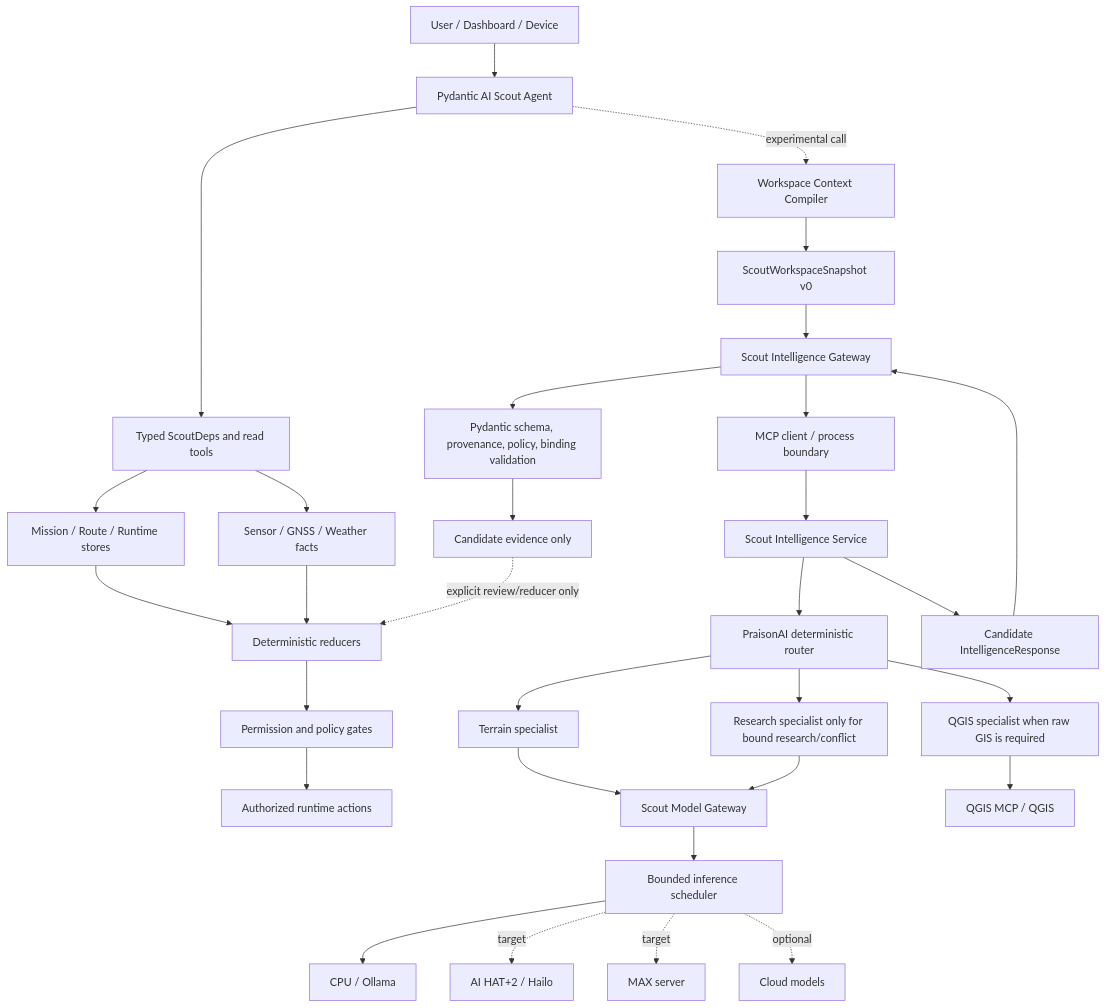
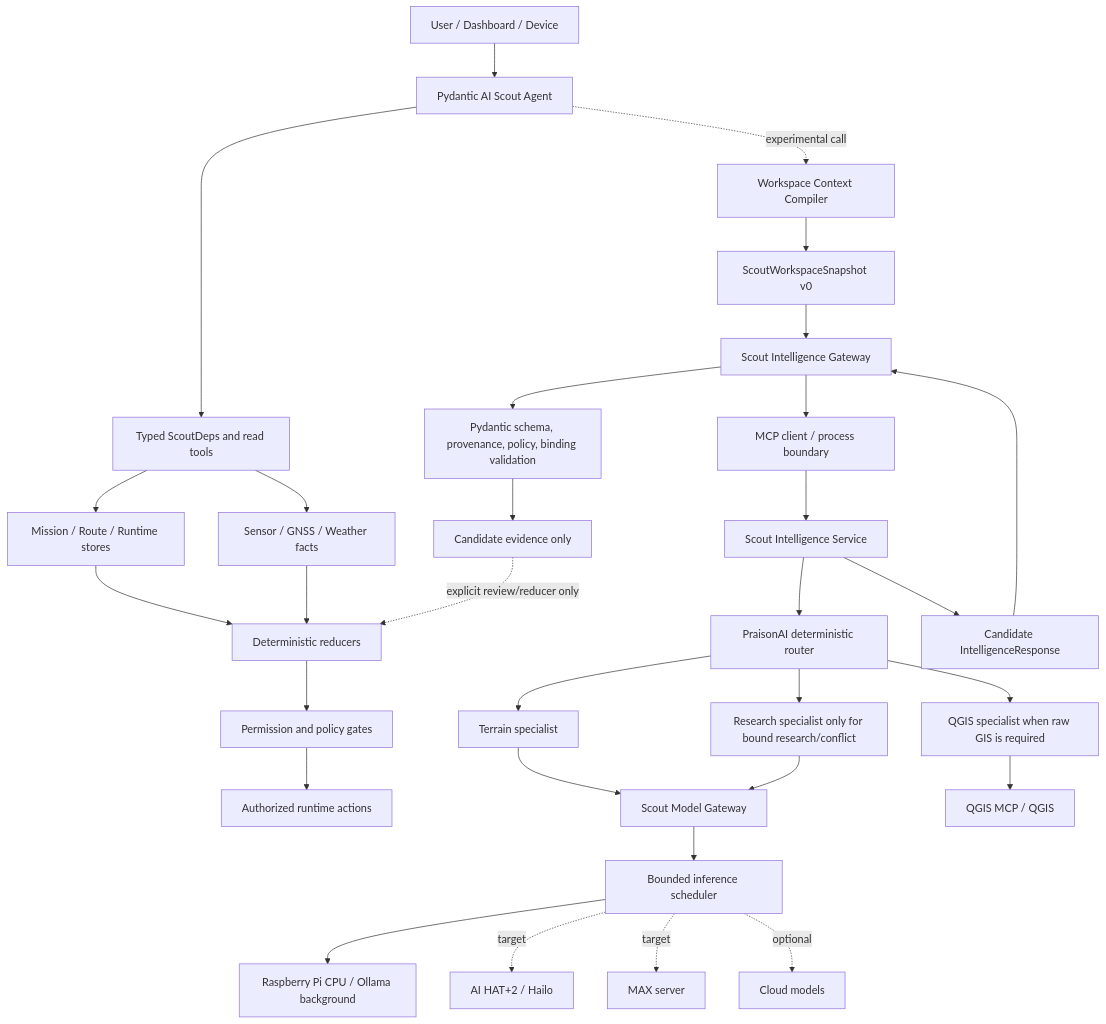
Before and after one commit to alexwang0315/Scout: the first of 10 diagrams in docs/specs/scout-ai-nextgen-operating-architecture-v0.md, drawn with Mermaid. The commit also changed other lines of this file and 7 other files, not shown here.

````diff
--- a/docs/specs/scout-ai-nextgen-operating-architecture-v0.md
+++ b/docs/specs/scout-ai-nextgen-operating-architecture-v0.md
@@ -59,35 +60,35 @@
 ```mermaid
 flowchart TB
     U[User / Dashboard / Device] --> PA[Pydantic AI Scout Agent]
     PA --> D[Typed ScoutDeps and read tools]
     D --> W[Mission / Route / Runtime stores]
     D --> S[Sensor / GNSS / Weather facts]
     W --> R[Deterministic reducers]
     S --> R
     R --> P[Permission and policy gates]
     P --> A[Authorized runtime actions]
 
     PA -. experimental call .-> WC[Workspace Context Compiler]
     WC --> WS[ScoutWorkspaceSnapshot v0]
     WS --> IG[Scout Intelligence Gateway]
     IG --> MCP[MCP client / process boundary]
     MCP --> IS[Scout Intelligence Service]
     IS --> PR[PraisonAI deterministic router]
     PR --> TA[Terrain specialist]
     PR --> QA[QGIS specialist when raw GIS is required]
     PR --> RA[Research specialist only for bound research/conflict]
     TA --> MG[Scout Model Gateway]
     QA --> QGIS[QGIS MCP / QGIS]
     RA --> MG
     MG --> SCH[Bounded inference scheduler]
-    SCH --> CPU[CPU / Ollama]
+    SCH --> CPU[Raspberry Pi CPU / Ollama background]
     SCH -. target .-> H[AI HAT+2 / Hailo]
     SCH -. target .-> MAX[MAX server]
     SCH -. optional .-> C[Cloud models]
 
     IS --> CR[Candidate IntelligenceResponse]
     CR --> IG
     IG --> V[Pydantic schema, provenance, policy, binding validation]
     V --> CE[Candidate evidence only]
     CE -. explicit review/reducer only .-> R
 ```
````
